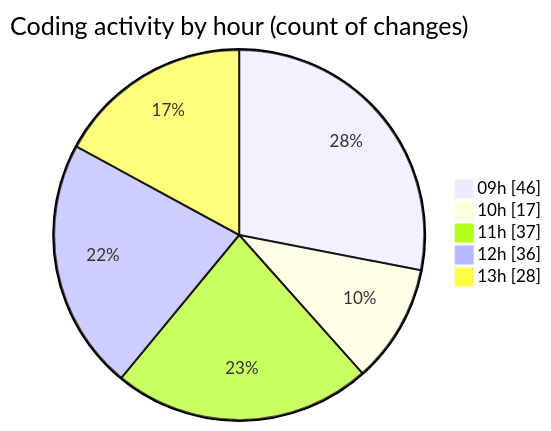
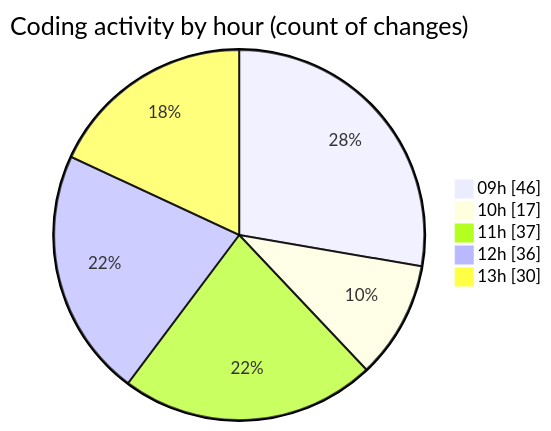
One commit to momahboobian/code-tracking changed the second of 2 diagrams in 2025-03-25/cda/README.md. Above: the diagram before and after it, drawn with Mermaid. The commit also changed other lines of this file and 1 other file, not shown here.

````diff
--- a/2025-03-25/cda/README.md
+++ b/2025-03-25/cda/README.md
@@ -51,9 +51,9 @@
 ```mermaid
 pie showData
 title Coding activity by hour (count of changes)
 "09h" : 46
 "10h" : 17
 "11h" : 37
 "12h" : 36
-"13h" : 28
+"13h" : 30
 ```
````
